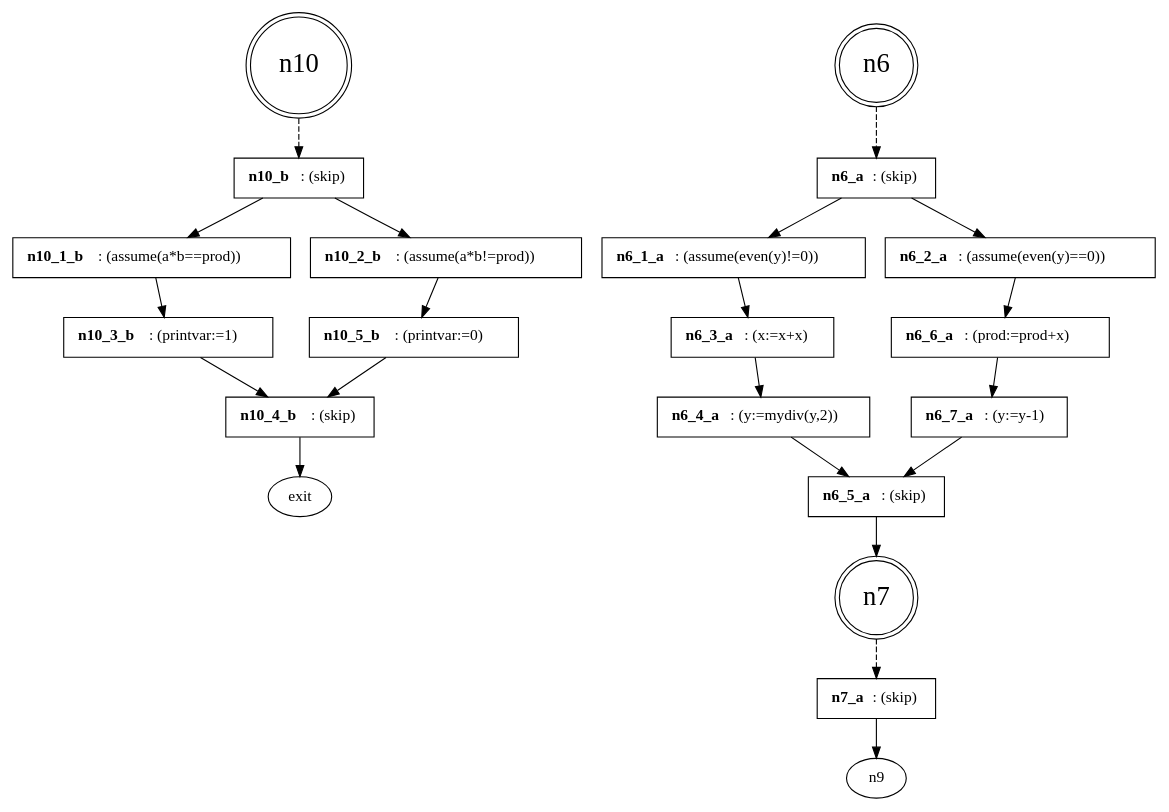
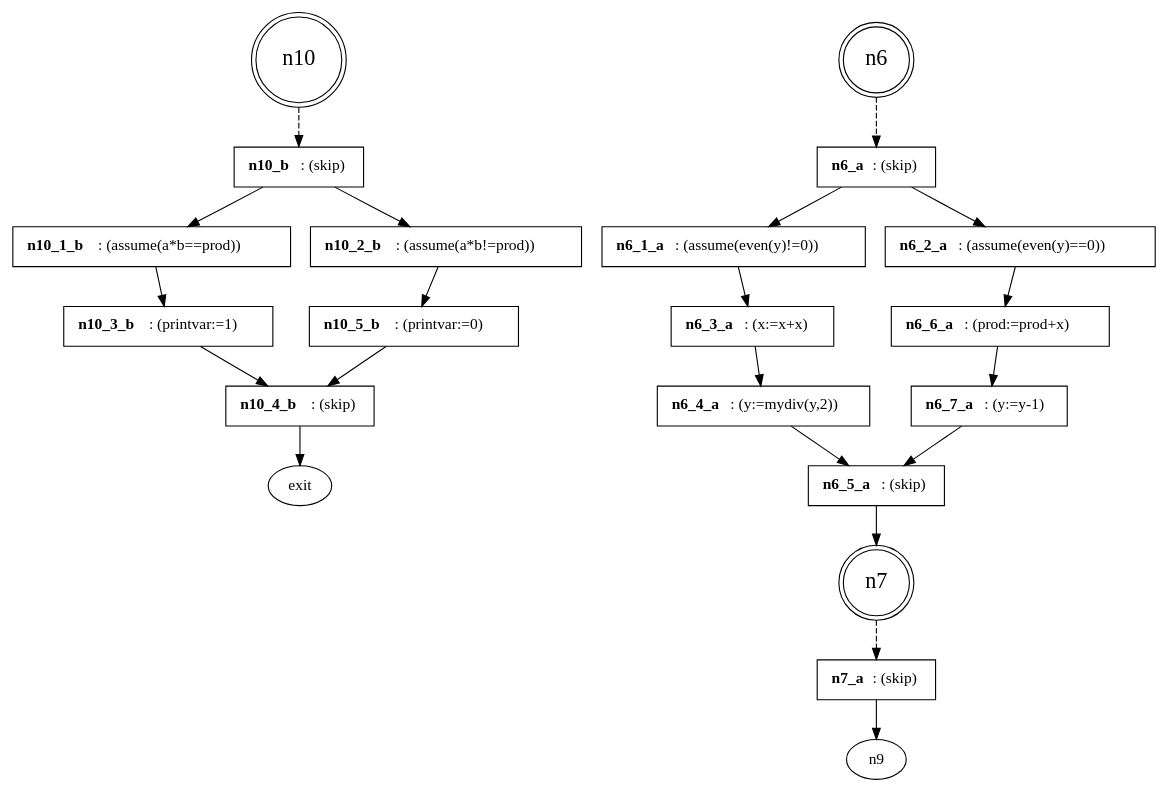
The diagram in examples/reps/ex2/m.dot (marcelosousa/safemerge), drawn with Graphviz before and after one commit. The commit also changed 2 other files, not shown here.

```diff
--- a/examples/reps/ex2/m.dot
+++ b/examples/reps/ex2/m.dot
@@ -1,40 +1,40 @@
 digraph product {
-n10 [fontsize=24, shape=doublecircle]
+n10 [fontsize=20, shape=doublecircle]
 n10 -> n10_b[style="dashed"];
 n10_1_b [label=< <B>n10_1_b</B>: (assume(a*b==prod))>, shape=box]
 n10_1_b -> n10_3_b
 n10_2_b [label=< <B>n10_2_b</B>: (assume(a*b!=prod))>, shape=box]
 n10_2_b -> n10_5_b
 n10_3_b [label=< <B>n10_3_b</B>: (printvar:=1)>, shape=box]
 n10_3_b -> n10_4_b
 n10_4_b [label=< <B>n10_4_b</B>: (skip)>, shape=box]
 n10_4_b -> exit
 n10_5_b [label=< <B>n10_5_b</B>: (printvar:=0)>, shape=box]
 n10_5_b -> n10_4_b
 n10_b [label=< <B>n10_b</B>: (skip)>, shape=box]
 n10_b -> n10_1_b
 n10_b -> n10_2_b
-n6 [fontsize=24, shape=doublecircle]
+n6 [fontsize=20, shape=doublecircle]
 n6 -> n6_a[style="dashed"];
 n6_1_a [label=< <B>n6_1_a</B>: (assume(even(y)!=0))>, shape=box]
 n6_1_a -> n6_3_a
 n6_2_a [label=< <B>n6_2_a</B>: (assume(even(y)==0))>, shape=box]
 n6_2_a -> n6_6_a
 n6_3_a [label=< <B>n6_3_a</B>: (x:=x+x)>, shape=box]
 n6_3_a -> n6_4_a
 n6_4_a [label=< <B>n6_4_a</B>: (y:=mydiv(y,2))>, shape=box]
 n6_4_a -> n6_5_a
 n6_5_a [label=< <B>n6_5_a</B>: (skip)>, shape=box]
 n6_5_a -> n7
 n6_6_a [label=< <B>n6_6_a</B>: (prod:=prod+x)>, shape=box]
 n6_6_a -> n6_7_a
 n6_7_a [label=< <B>n6_7_a</B>: (y:=y-1)>, shape=box]
 n6_7_a -> n6_5_a
 n6_a [label=< <B>n6_a</B>: (skip)>, shape=box]
 n6_a -> n6_1_a
 n6_a -> n6_2_a
-n7 [fontsize=24, shape=doublecircle]
+n7 [fontsize=20, shape=doublecircle]
 n7 -> n7_a[style="dashed"];
 n7_a [label=< <B>n7_a</B>: (skip)>, shape=box]
 n7_a -> n9
 }
```
